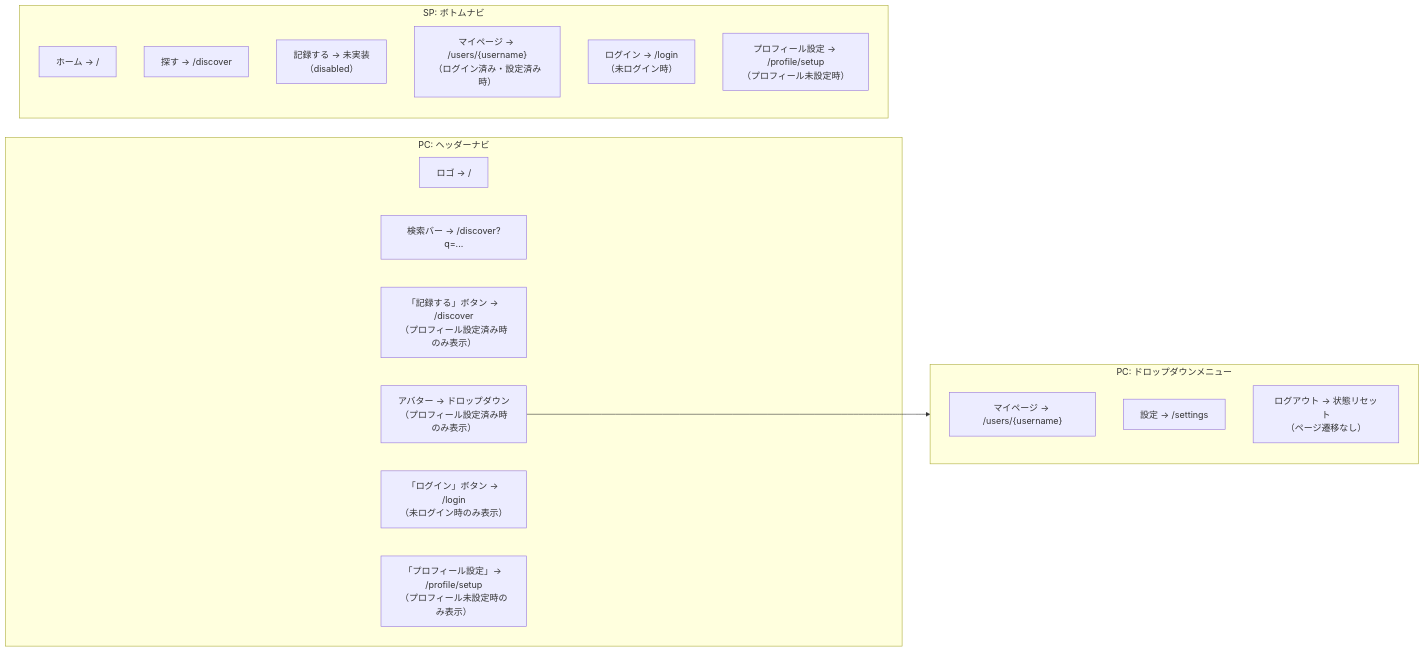
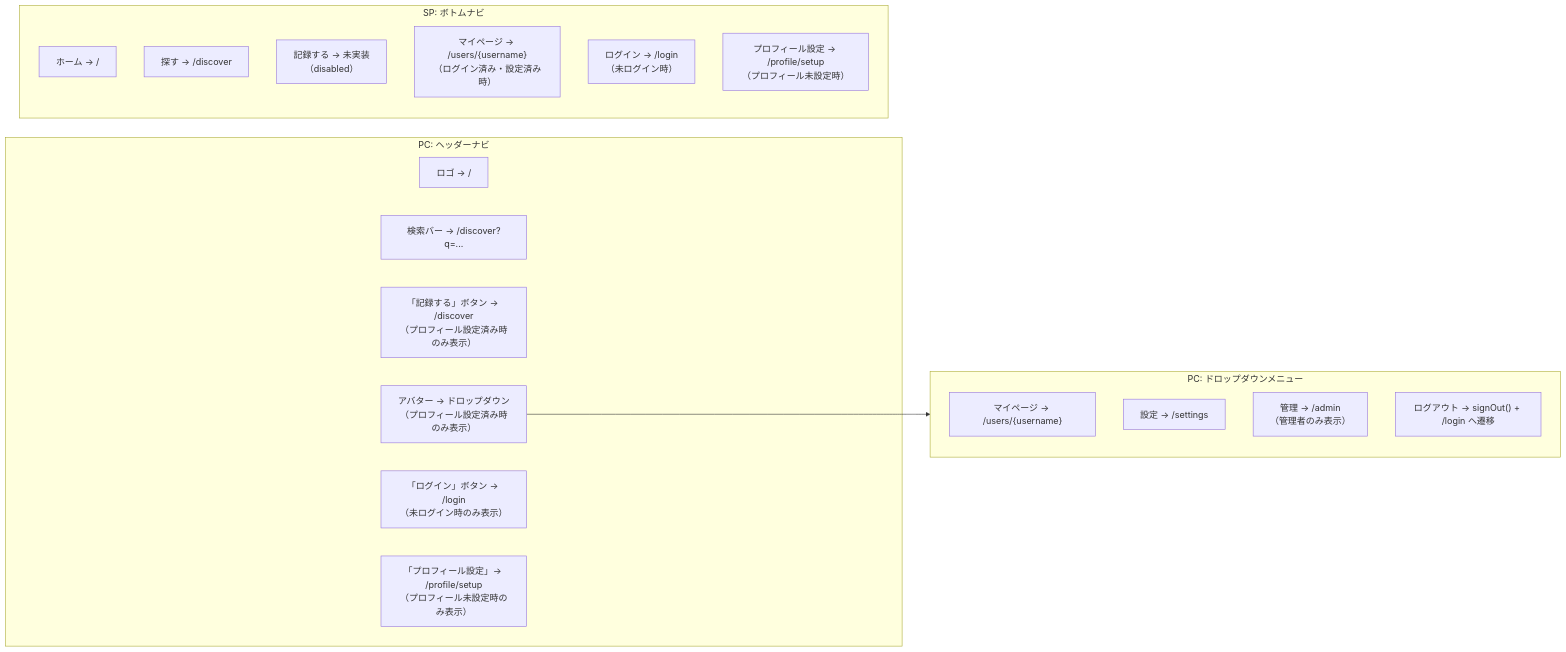
The third of 3 diagrams in frontend/docs/screens.md (Koseeee-27/podlog), drawn with Mermaid before and after one commit. The commit also changed other lines of this file, not shown here.

````diff
--- a/frontend/docs/screens.md
+++ b/frontend/docs/screens.md
@@ -164,28 +188,29 @@
 ```mermaid
 flowchart LR
     subgraph PC["PC: ヘッダーナビ"]
         PC_LOGO["ロゴ → /"]
         PC_SEARCH["検索バー → /discover?q=..."]
         PC_RECORD["「記録する」ボタン → /discover<br>（プロフィール設定済み時のみ表示）"]
         PC_AVATAR["アバター → ドロップダウン<br>（プロフィール設定済み時のみ表示）"]
         PC_LOGIN_BTN["「ログイン」ボタン → /login<br>（未ログイン時のみ表示）"]
         PC_SETUP_BTN["「プロフィール設定」→ /profile/setup<br>（プロフィール未設定時のみ表示）"]
     end
 
     subgraph DROPDOWN["PC: ドロップダウンメニュー"]
         DD_MYPAGE["マイページ → /users/{username}"]
         DD_SETTINGS["設定 → /settings"]
-        DD_LOGOUT["ログアウト → 状態リセット<br>（ページ遷移なし）"]
+        DD_ADMIN["管理 → /admin<br>（管理者のみ表示）"]
+        DD_LOGOUT["ログアウト → signOut() + /login へ遷移"]
     end
 
     subgraph SP["SP: ボトムナビ"]
         SP_HOME["ホーム → /"]
         SP_DISCOVER["探す → /discover"]
         SP_RECORD["記録する → 未実装<br>（disabled）"]
         SP_USER["マイページ → /users/{username}<br>（ログイン済み・設定済み時）"]
         SP_LOGIN["ログイン → /login<br>（未ログイン時）"]
         SP_SETUP["プロフィール設定 → /profile/setup<br>（プロフィール未設定時）"]
     end
 
     PC_AVATAR --> DROPDOWN
 ```
````
